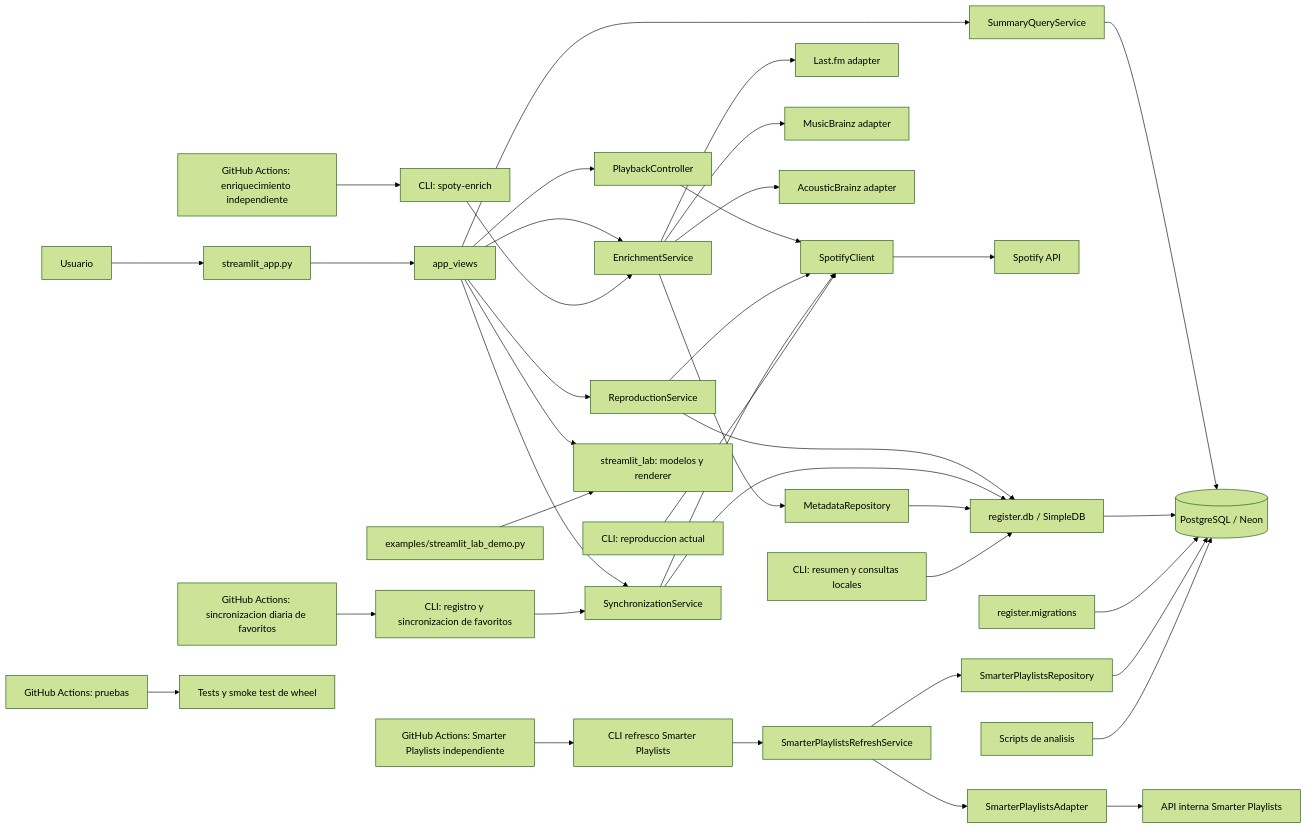
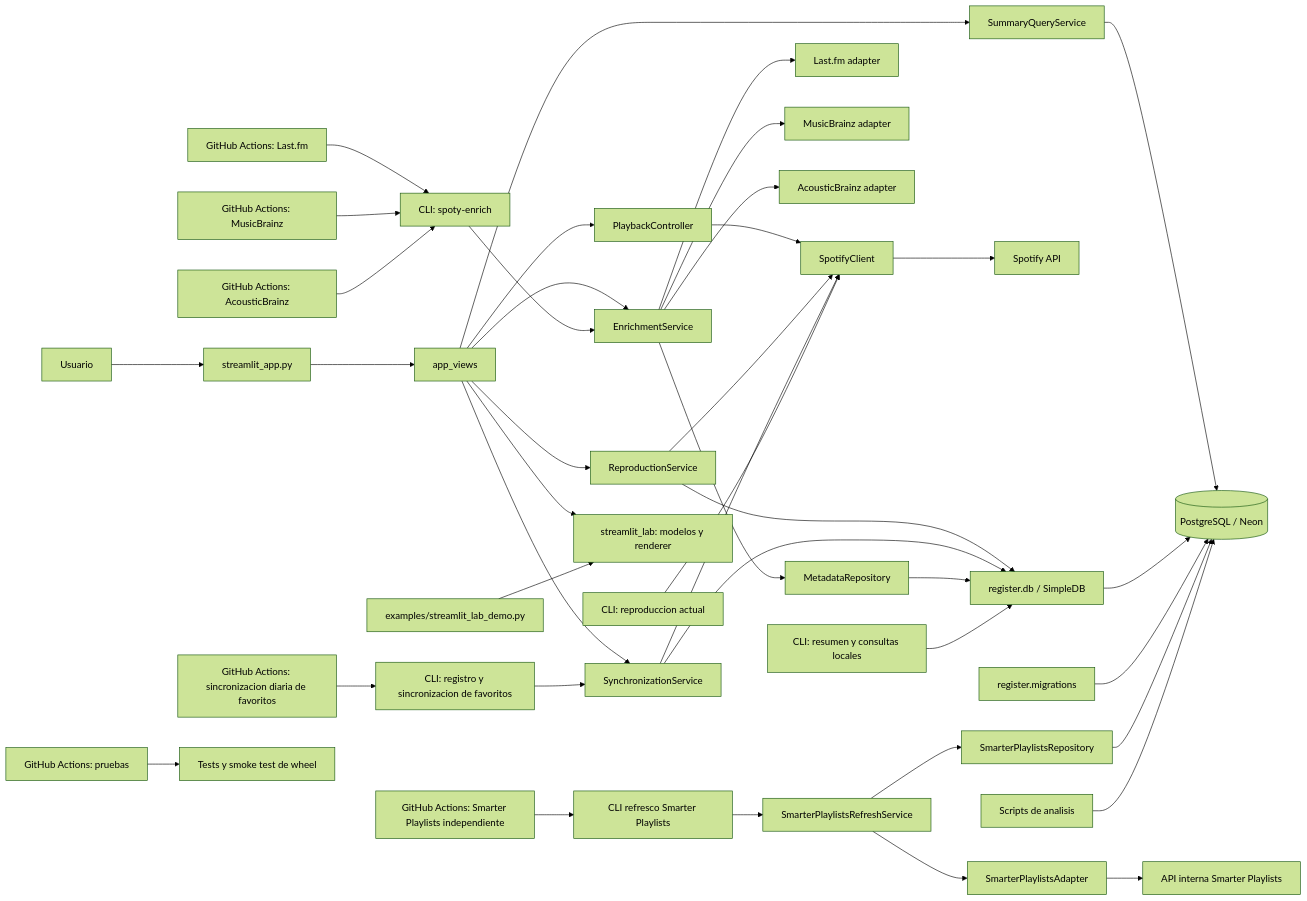
Before and after one commit to luiscaballeroramos/spoty: the diagram in ARCHITECTURE.md, drawn with Mermaid (forest theme). The commit also changed other lines of this file and 10 other files, not shown here.

````diff
--- a/ARCHITECTURE.md
+++ b/ARCHITECTURE.md
@@ -9,41 +9,43 @@
 ```mermaid
 flowchart LR
         USER[Usuario] --> UI[streamlit_app.py]
         UI --> VIEWS[app_views]
         VIEWS --> PC[PlaybackController]
         VIEWS --> RS[ReproductionService]
         VIEWS --> QS[SummaryQueryService]
         VIEWS --> SY[SynchronizationService]
         VIEWS --> ENR[EnrichmentService]
         ENR --> MREP[MetadataRepository]
         ENR --> LFM[Last.fm adapter]
         ENR --> MBM[MusicBrainz adapter]
         ENR --> ABM[AcousticBrainz adapter]
         VIEWS --> LAB[streamlit_lab: modelos y renderer]
         PC --> SC[SpotifyClient]
         RS --> SC
         SY --> SC
         SC --> SP[Spotify API]
         RS --> DBL[register.db / SimpleDB]
         SY --> DBL
         MREP --> DBL
         QS --> DB[(PostgreSQL / Neon)]
         DBL --> DB
         MIG[register.migrations] --> DB
 
     SYCLI[CLI: registro y sincronizacion de favoritos] --> SY
     ENCLI[CLI: spoty-enrich] --> ENR
     DBCLI[CLI: resumen y consultas locales] --> DBL
     PLAYCLI[CLI: reproduccion actual] --> SC
     GHJ[GitHub Actions: sincronizacion diaria de favoritos] --> SYCLI
-    GHM[GitHub Actions: enriquecimiento independiente] --> ENCLI
+    GHLFM[GitHub Actions: Last.fm] --> ENCLI
+    GHMB[GitHub Actions: MusicBrainz] --> ENCLI
+    GHAB[GitHub Actions: AcousticBrainz] --> ENCLI
     GHS[GitHub Actions: Smarter Playlists independiente] --> SPLCLI[CLI refresco Smarter Playlists]
     SPLCLI --> SPLREF[SmarterPlaylistsRefreshService]
     SPLREF --> SPLAD[SmarterPlaylistsAdapter]
     SPLAD --> SPLWEB[API interna Smarter Playlists]
     SPLREF --> SPLREP[SmarterPlaylistsRepository]
     SPLREP --> DB
         ANALYSIS[Scripts de analisis] --> DB
         CI[GitHub Actions: pruebas] --> TESTS[Tests y smoke test de wheel]
         DEMO[examples/streamlit_lab_demo.py] --> LAB
 ```
````
